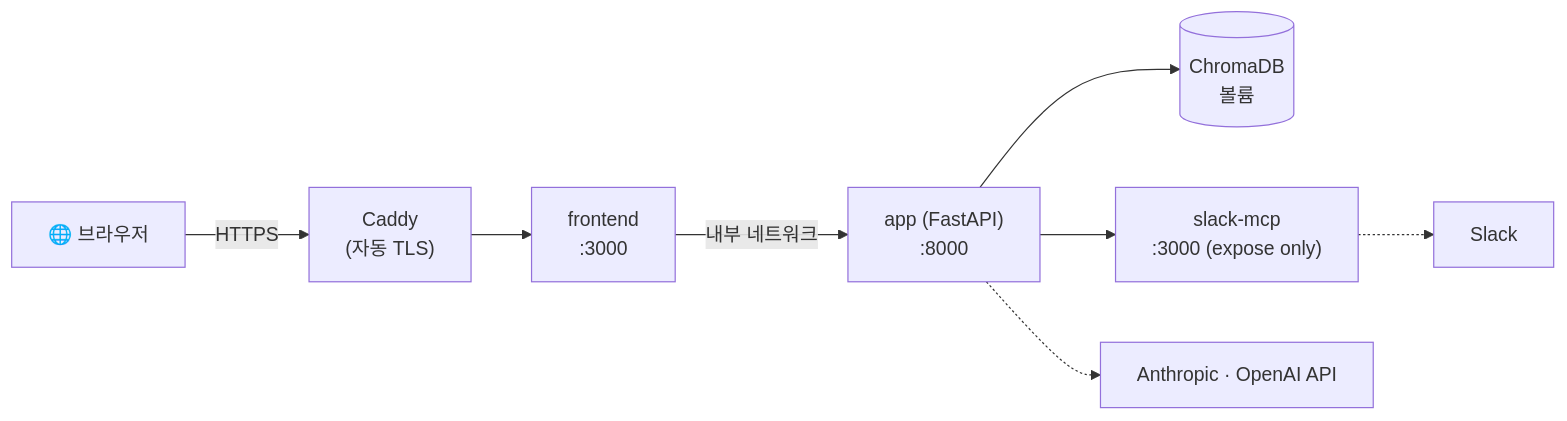
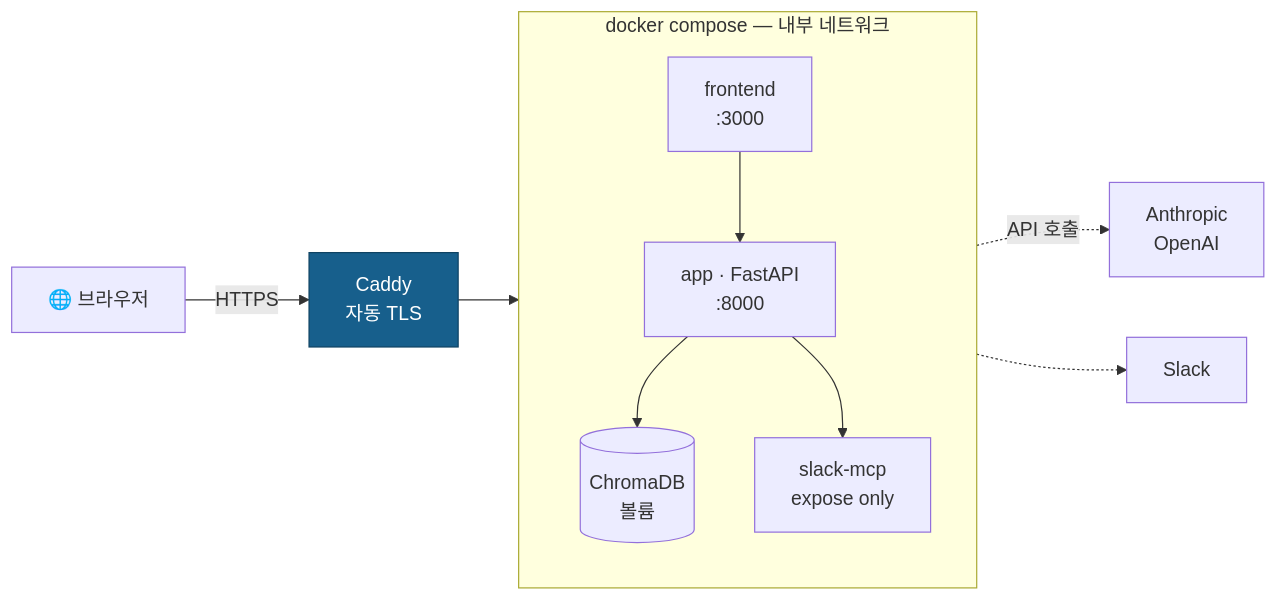
One commit to MachuEngine/cs-assistant changed the fourth of 4 diagrams in README.md. Above: the diagram before and after it, drawn with Mermaid. The commit also changed other lines of this file, not shown here.

First line of the commit message:
docs: README 다이어그램 가독성 개선 + 검색 평가의 한계 명시

````diff
--- a/README.md
+++ b/README.md
@@ -452,10 +481,23 @@
 ```mermaid
 flowchart LR
-    B["🌐 브라우저"] -->|HTTPS| CA["Caddy<br/>(자동 TLS)"]
-    CA --> FE["frontend<br/>:3000"]
-    FE -->|"내부 네트워크"| AP["app (FastAPI)<br/>:8000"]
-    AP --> CH[("ChromaDB<br/>볼륨")]
-    AP --> SM["slack-mcp<br/>:3000 (expose only)"]
-    AP -.-> EXT["Anthropic · OpenAI API"]
+    B["🌐 브라우저"] -->|"HTTPS"| CA["Caddy<br/>자동 TLS"]
+
+    subgraph compose["docker compose — 내부 네트워크"]
+        direction TB
+        FE["frontend<br/>:3000"]
+        AP["app · FastAPI<br/>:8000"]
+        SM["slack-mcp<br/>expose only"]
+        VOL[("ChromaDB<br/>볼륨")]
+
+        FE --> AP
+        AP --> VOL
+        AP --> SM
+    end
+
+    CA --> FE
+    AP -.->|"API 호출"| EXT["Anthropic<br/>OpenAI"]
     SM -.-> SL["Slack"]
+
+    classDef pub fill:#175F8C,stroke:#0f4363,color:#fff
+    class CA pub
 ```
````
